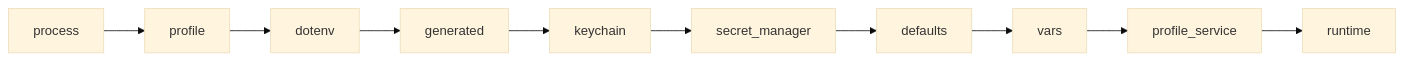
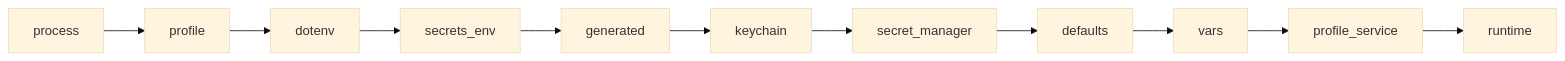
One commit to amr-m-abdelgawad/devctl changed the first of 2 diagrams in docs/environment.md. Above: the diagram before and after it, drawn with Mermaid (base theme). The commit also changed other lines of this file and 25 other files, not shown here.

First line of the commit message:
feat: add gRPC health checks and always-on secrets.env

````diff
--- a/docs/environment.md
+++ b/docs/environment.md
@@ -9,4 +9,4 @@
 ```mermaid
 flowchart LR
-  process --> profile --> dotenv --> generated --> keychain --> secret_manager --> defaults --> vars --> profile_service --> runtime
+  process --> profile --> dotenv --> secrets_env --> generated --> keychain --> secret_manager --> defaults --> vars --> profile_service --> runtime
 ```
````
